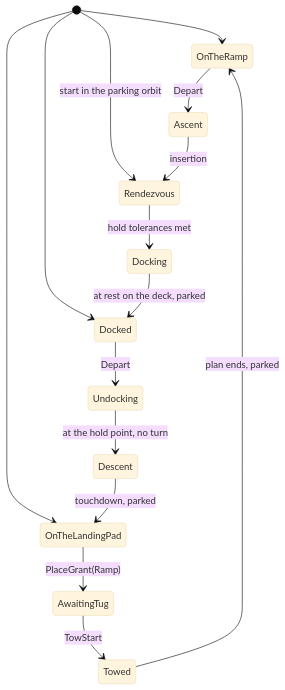
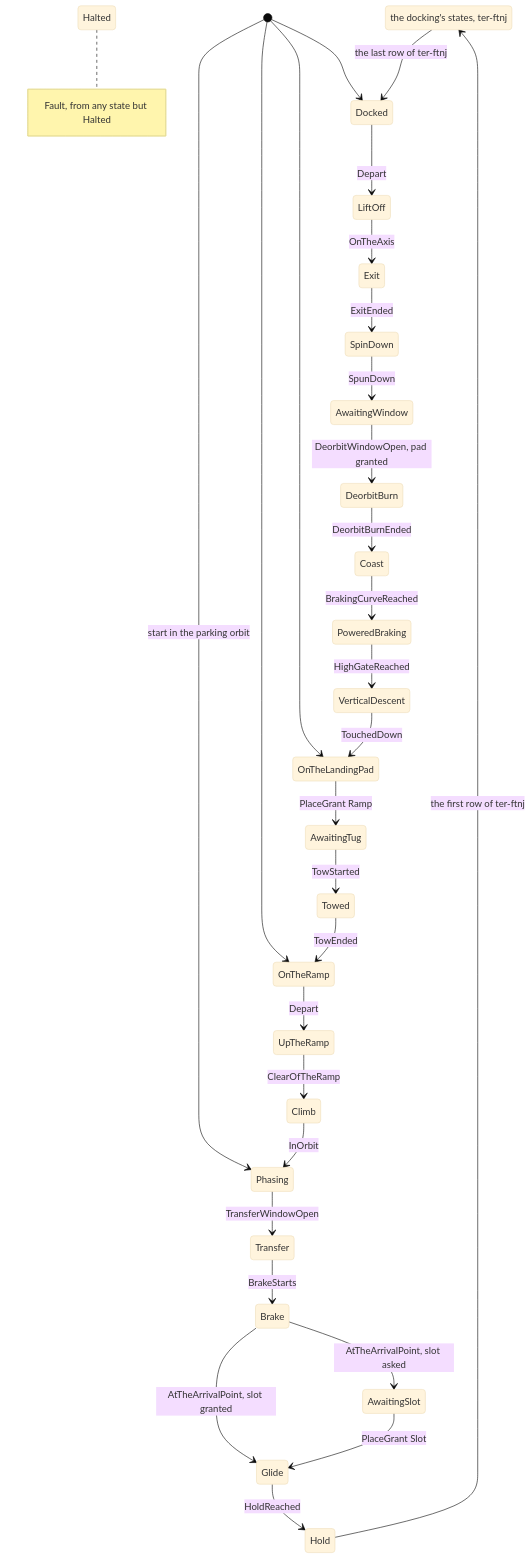
Before and after one commit to alexispurslane/tertius: the second of 5 diagrams in docs/plans/live-world.md, drawn with Mermaid (base theme). The commit also changed other lines of this file, not shown here.

First line of the commit message:
Ticket ter-qipk: rewrite the live world's pilot as one flat state machine

````diff
--- a/docs/plans/live-world.md
+++ b/docs/plans/live-world.md
@@ -186,17 +472,33 @@
 ```mermaid
 stateDiagram-v2
+    state "the docking's states, ter-ftnj" as TheDocking
     [*] --> OnTheRamp
     [*] --> OnTheLandingPad
     [*] --> Docked
-    [*] --> Rendezvous: start in the parking orbit
-    OnTheRamp --> Ascent: Depart
-    Ascent --> Rendezvous: insertion
-    Rendezvous --> Docking: hold tolerances met
-    Docking --> Docked: at rest on the deck, parked
-    Docked --> Undocking: Depart
-    Undocking --> Descent: at the hold point, no turn
-    Descent --> OnTheLandingPad: touchdown, parked
-    OnTheLandingPad --> AwaitingTug: PlaceGrant(Ramp)
-    AwaitingTug --> Towed: TowStart
-    Towed --> OnTheRamp: plan ends, parked
+    [*] --> Phasing: start in the parking orbit
+    OnTheRamp --> UpTheRamp: Depart
+    UpTheRamp --> Climb: ClearOfTheRamp
+    Climb --> Phasing: InOrbit
+    Phasing --> Transfer: TransferWindowOpen
+    Transfer --> Brake: BrakeStarts
+    Brake --> Glide: AtTheArrivalPoint, slot granted
+    Brake --> AwaitingSlot: AtTheArrivalPoint, slot asked
+    AwaitingSlot --> Glide: PlaceGrant Slot
+    Glide --> Hold: HoldReached
+    Hold --> TheDocking: the first row of ter-ftnj
+    TheDocking --> Docked: the last row of ter-ftnj
+    Docked --> LiftOff: Depart
+    LiftOff --> Exit: OnTheAxis
+    Exit --> SpinDown: ExitEnded
+    SpinDown --> AwaitingWindow: SpunDown
+    AwaitingWindow --> DeorbitBurn: DeorbitWindowOpen, pad granted
+    DeorbitBurn --> Coast: DeorbitBurnEnded
+    Coast --> PoweredBraking: BrakingCurveReached
+    PoweredBraking --> VerticalDescent: HighGateReached
+    VerticalDescent --> OnTheLandingPad: TouchedDown
+    OnTheLandingPad --> AwaitingTug: PlaceGrant Ramp
+    AwaitingTug --> Towed: TowStarted
+    Towed --> OnTheRamp: TowEnded
+    Halted
+    note right of Halted: Fault, from any state but Halted
 ```
````
